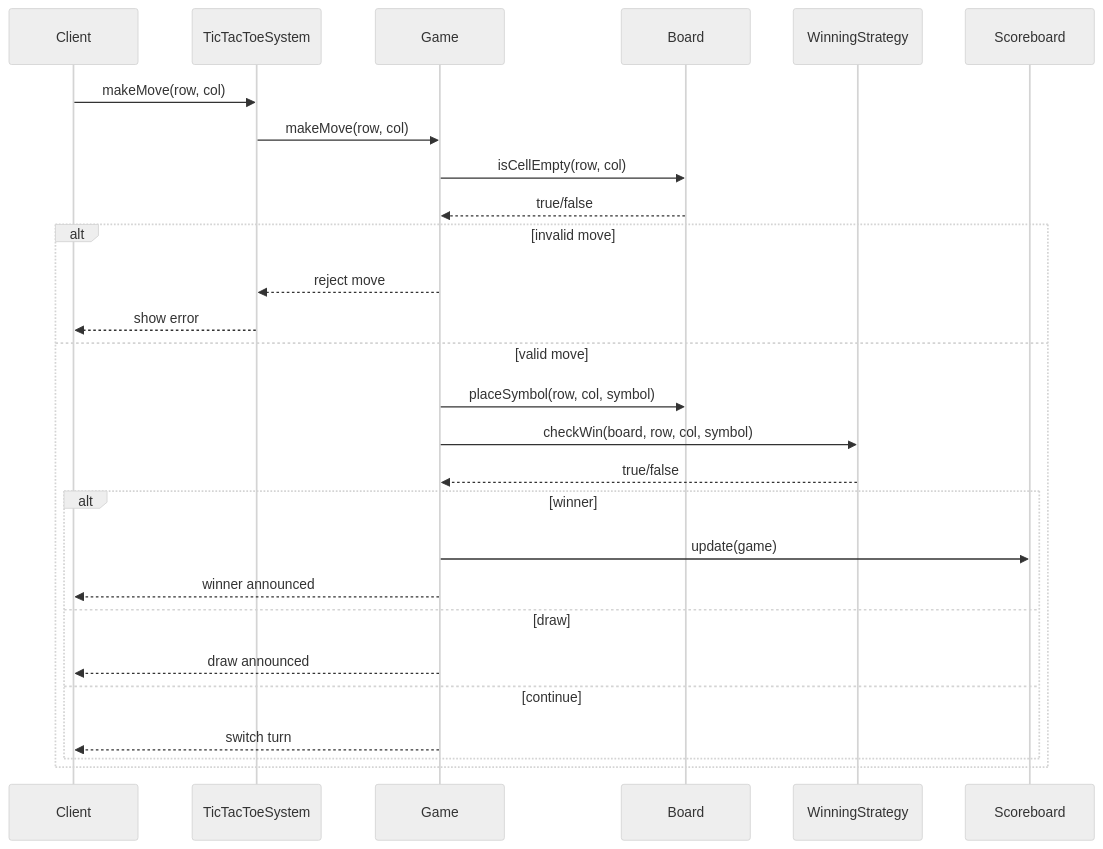
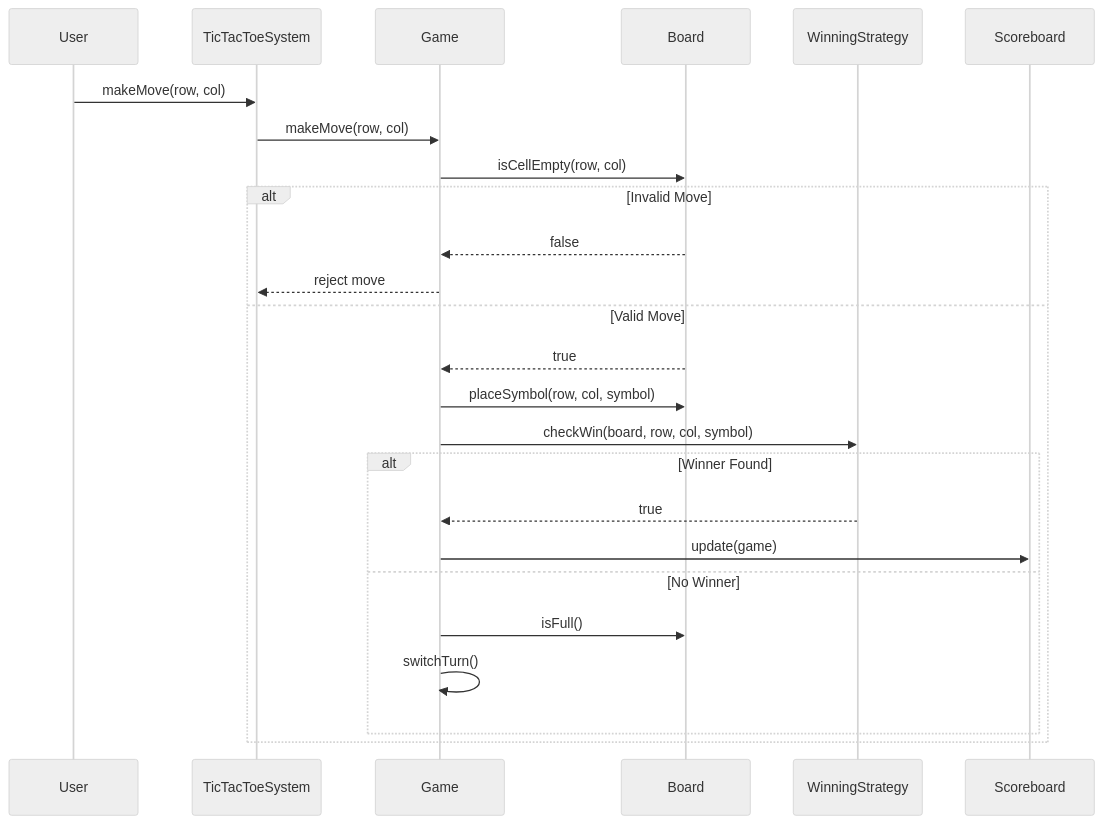
Before and after one commit to mthaiseer/springcloud-systemdesign-notes: the seventh of 8 diagrams in LLD_NOTES/tic_tac_toe_lld_reference.md, drawn with Mermaid (neutral theme). The commit also changed other lines of this file, not shown here.

````diff
--- a/LLD_NOTES/tic_tac_toe_lld_reference.md
+++ b/LLD_NOTES/tic_tac_toe_lld_reference.md
@@ -184,32 +175,30 @@
 ```mermaid
 sequenceDiagram
-    participant Client
+    participant User
     participant System as TicTacToeSystem
     participant Game
     participant Board
     participant Strategy as WinningStrategy
     participant Scoreboard
 
-    Client->>System: makeMove(row, col)
+    User->>System: makeMove(row, col)
     System->>Game: makeMove(row, col)
     Game->>Board: isCellEmpty(row, col)
-    Board-->>Game: true/false
 
-    alt invalid move
+    alt Invalid Move
+        Board-->>Game: false
         Game-->>System: reject move
-        System-->>Client: show error
-    else valid move
+    else Valid Move
+        Board-->>Game: true
         Game->>Board: placeSymbol(row, col, symbol)
         Game->>Strategy: checkWin(board, row, col, symbol)
-        Strategy-->>Game: true/false
 
-        alt winner
+        alt Winner Found
+            Strategy-->>Game: true
             Game->>Scoreboard: update(game)
-            Game-->>Client: winner announced
-        else draw
-            Game-->>Client: draw announced
-        else continue
-            Game-->>Client: switch turn
+        else No Winner
+            Game->>Board: isFull()
+            Game->>Game: switchTurn()
         end
     end
 ```
````
